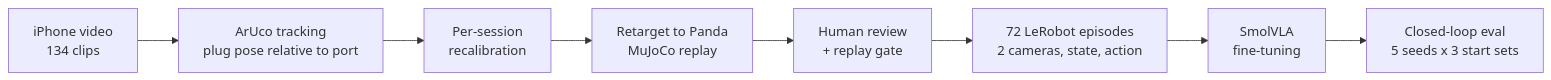
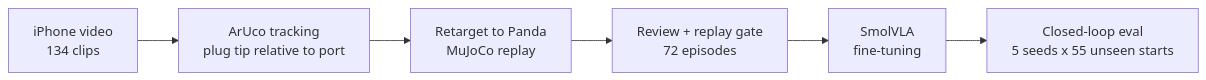
The diagram in RESULTS.md (1clarkj/MimicVLA), drawn with Mermaid before and after one commit. The commit also changed other lines of this file and 8 other files, not shown here.

````diff
--- a/RESULTS.md
+++ b/RESULTS.md
@@ -32,10 +32,8 @@
 ```mermaid
 flowchart LR
-    A[iPhone video<br>134 clips] --> B[ArUco tracking<br>plug pose relative to port]
-    B --> C[Per-session<br>recalibration]
-    C --> D[Retarget to Panda<br>MuJoCo replay]
-    D --> E[Human review<br>+ replay gate]
-    E --> F[72 LeRobot episodes<br>2 cameras, state, action]
-    F --> G[SmolVLA<br>fine-tuning]
-    G --> H[Closed-loop eval<br>5 seeds x 3 start sets]
+    A[iPhone video<br>134 clips] --> B[ArUco tracking<br>plug tip relative to port]
+    B --> C[Retarget to Panda<br>MuJoCo replay]
+    C --> D[Review + replay gate<br>72 episodes]
+    D --> E[SmolVLA<br>fine-tuning]
+    E --> F[Closed-loop eval<br>5 seeds x 55 unseen starts]
 ```
````
